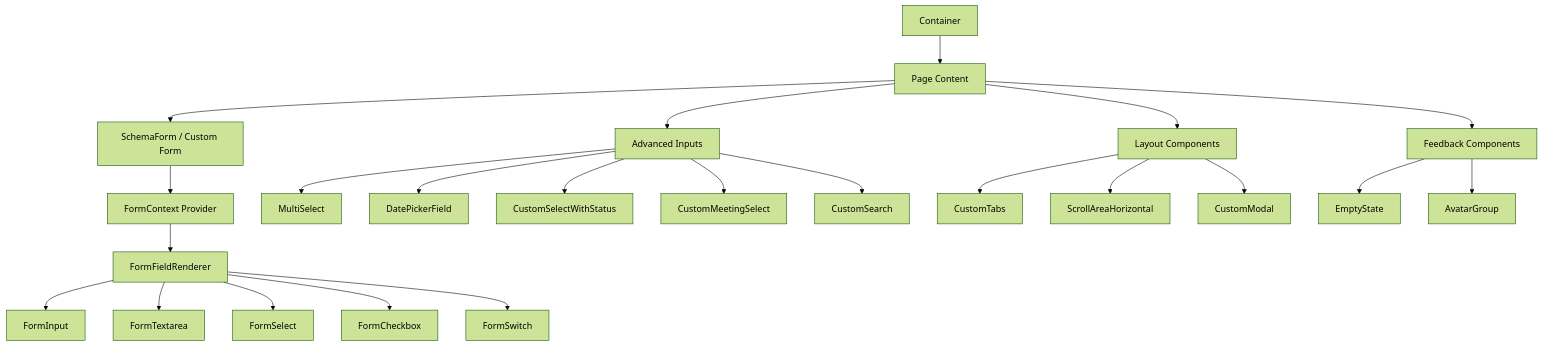
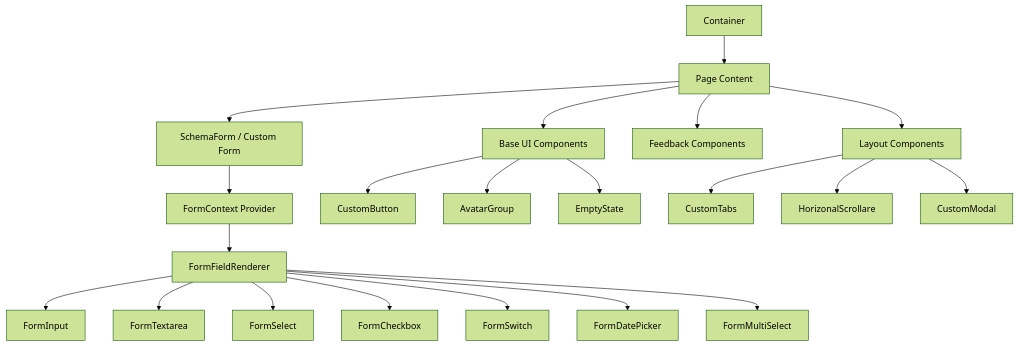
Before and after one commit to amr441818/featuerd-base-codebase: the first of 2 diagrams in docs/ARCHITECTURE.md, drawn with Mermaid (forest theme). The commit also changed other lines of this file and 21 other files, not shown here.

````diff
--- a/docs/ARCHITECTURE.md
+++ b/docs/ARCHITECTURE.md
@@ -11,29 +11,26 @@
 ```mermaid
 graph TD
     A[Container] --> B[Page Content]
     B --> C[SchemaForm / Custom Form]
     B --> D[Layout Components]
     B --> E[Feedback Components]
 
     C --> C1[FormContext Provider]
     C1 --> C2[FormFieldRenderer]
     C2 --> C3[FormInput]
     C2 --> C4[FormTextarea]
     C2 --> C5[FormSelect]
     C2 --> C6[FormCheckbox]
     C2 --> C7[FormSwitch]
+    C2 --> C8[FormDatePicker]
+    C2 --> C9[FormMultiSelect]
 
-    B --> F[Advanced Inputs]
-    F --> F1[MultiSelect]
-    F --> F2[DatePickerField]
-    F --> F3[CustomSelectWithStatus]
-    F --> F4[CustomMeetingSelect]
-    F --> F5[CustomSearch]
+    B --> F[Base UI Components]
+    F --> F1[CustomButton]
+    F --> F2[AvatarGroup]
+    F --> F3[EmptyState]
 
     D --> D1[CustomTabs]
-    D --> D2[ScrollAreaHorizontal]
+    D --> D2[HorizonalScrollare]
     D --> D3[CustomModal]
-
-    E --> E1[EmptyState]
-    E --> E2[AvatarGroup]
 ```
````
